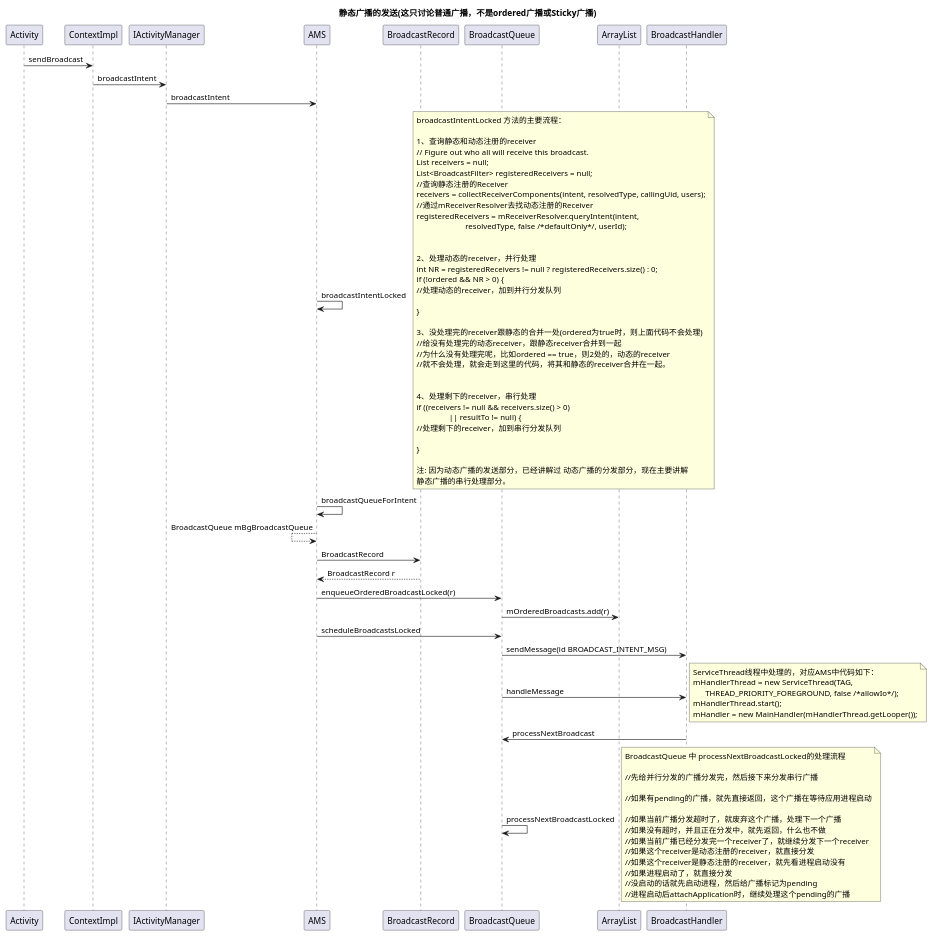
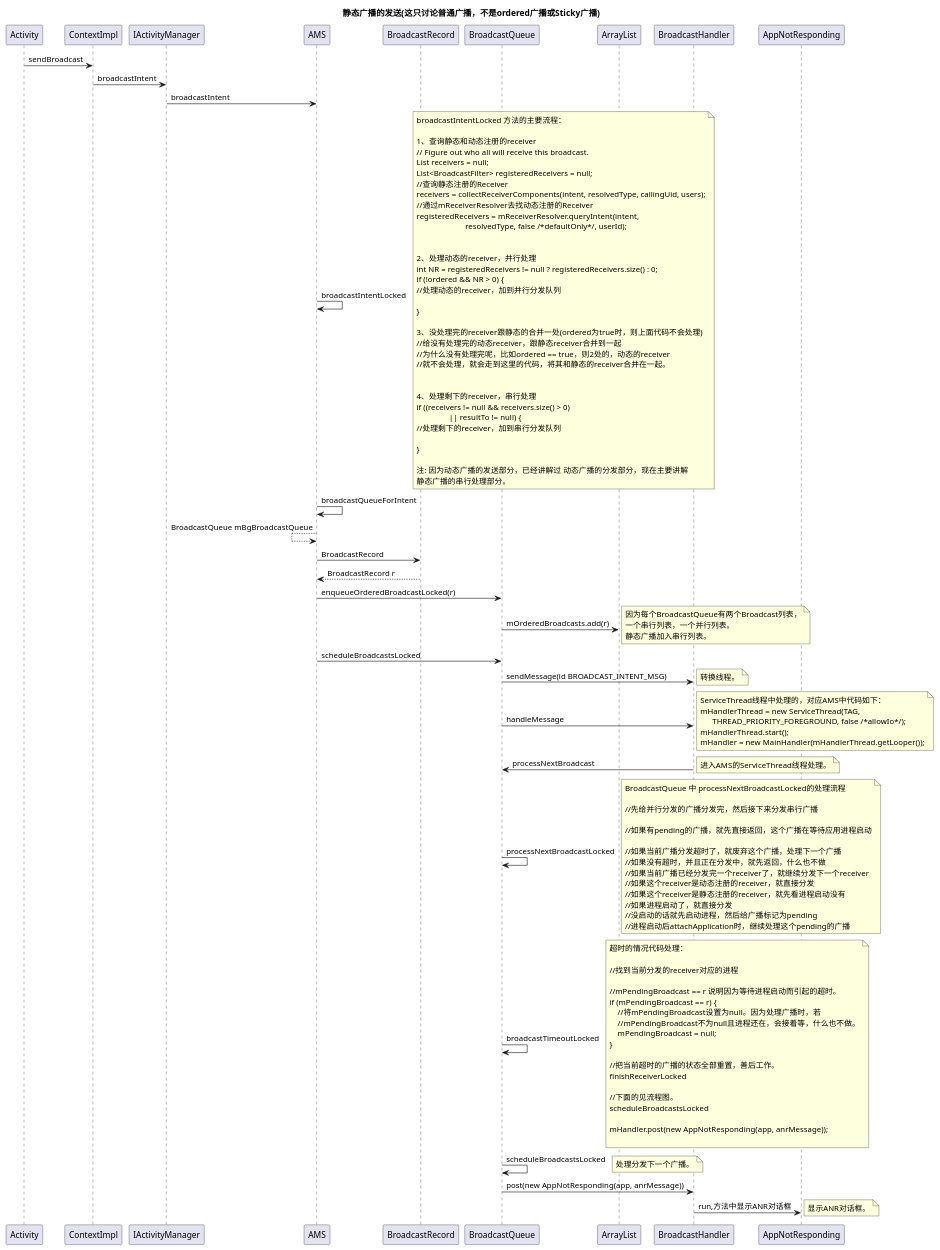
Before and after one commit to KentTJ/ImoocRxJavaStudy: the diagram in Android_framework_sequences/广播_静态广播_02_发送.puml, drawn with PlantUML.

Commit message:
静态广播。

```diff
--- a/Android_framework_sequences/广播_静态广播_02_发送.puml
+++ b/Android_framework_sequences/广播_静态广播_02_发送.puml
@@ -1,104 +1,147 @@
 @startuml
 title 静态广播的发送(这只讨论普通广播，不是ordered广播或Sticky广播)
 
 Activity -> ContextImpl : sendBroadcast
 
 ContextImpl -> IActivityManager : broadcastIntent
 
 IActivityManager -> AMS : broadcastIntent
 
 AMS -> AMS : broadcastIntentLocked
 note right
 broadcastIntentLocked 方法的主要流程：
 
 1、查询静态和动态注册的receiver
 // Figure out who all will receive this broadcast.
 List receivers = null;
 List<BroadcastFilter> registeredReceivers = null;
 //查询静态注册的Receiver
 receivers = collectReceiverComponents(intent, resolvedType, callingUid, users);
 //通过mReceiverResolver去找动态注册的Receiver
 registeredReceivers = mReceiverResolver.queryIntent(intent,
                         resolvedType, false /*defaultOnly*/, userId);
 
 
 2、处理动态的receiver，并行处理
 int NR = registeredReceivers != null ? registeredReceivers.size() : 0;
 if (!ordered && NR > 0) {
 //处理动态的receiver，加到并行分发队列
 
 }
 
 3、没处理完的receiver跟静态的合并一处(ordered为true时，则上面代码不会处理)
 //给没有处理完的动态receiver，跟静态receiver合并到一起
 //为什么没有处理完呢，比如ordered == true，则2处的，动态的receiver
 //就不会处理，就会走到这里的代码，将其和静态的receiver合并在一起。
 
 
 4、处理剩下的receiver，串行处理
 if ((receivers != null && receivers.size() > 0)
                 || resultTo != null) {
 //处理剩下的receiver，加到串行分发队列
 
 }
 
 注: 因为动态广播的发送部分，已经讲解过 动态广播的分发部分，现在主要讲解
 静态广播的串行处理部分。
 end note
 'if ((receivers != null && receivers.size() > 0)
  '                || resultTo != null) {
  '            BroadcastQueue queue = broadcastQueueForIntent(intent);
  '            BroadcastRecord r = new BroadcastRecord(queue, intent, callerApp,
  '                    callerPackage, callingPid, callingUid, callerInstantApp, resolvedType,
  '                    requiredPermissions, appOp, brOptions, receivers, resultTo, resultCode,
  '                    resultData, resultExtras, ordered, sticky, false, userId);
  '                queue.enqueueOrderedBroadcastLocked(r);
  '                queue.scheduleBroadcastsLocked();
  '}
 
 AMS -> AMS : broadcastQueueForIntent
 AMS <-- AMS : BroadcastQueue mBgBroadcastQueue
 
 AMS -> BroadcastRecord : BroadcastRecord
 AMS <-- BroadcastRecord : BroadcastRecord r
 
 AMS -> BroadcastQueue : enqueueOrderedBroadcastLocked(r)
 
 BroadcastQueue -> ArrayList : mOrderedBroadcasts.add(r)
+note right
+因为每个BroadcastQueue有两个Broadcast列表，
+一个串行列表，一个并行列表。
+静态广播加入串行列表。
+end note
 
 AMS -> BroadcastQueue : scheduleBroadcastsLocked
 
 BroadcastQueue -> BroadcastHandler : sendMessage(id BROADCAST_INTENT_MSG)
+note right
+转换线程。
+end note
 
 BroadcastQueue -> BroadcastHandler : handleMessage
 note right
 ServiceThread线程中处理的，对应AMS中代码如下：
 mHandlerThread = new ServiceThread(TAG,
       THREAD_PRIORITY_FOREGROUND, false /*allowIo*/);
 mHandlerThread.start();
 mHandler = new MainHandler(mHandlerThread.getLooper());
 end note
 
 BroadcastHandler -> BroadcastQueue : processNextBroadcast
+note right
+进入AMS的ServiceThread线程处理。
+end note
 
 BroadcastQueue -> BroadcastQueue : processNextBroadcastLocked
 note right
 BroadcastQueue 中 processNextBroadcastLocked的处理流程
 
 //先给并行分发的广播分发完，然后接下来分发串行广播
 
 //如果有pending的广播，就先直接返回，这个广播在等待应用进程启动
 
 //如果当前广播分发超时了，就废弃这个广播，处理下一个广播
 //如果没有超时，并且正在分发中，就先返回，什么也不做
 //如果当前广播已经分发完一个receiver了，就继续分发下一个receiver
 //如果这个receiver是动态注册的receiver，就直接分发
 //如果这个receiver是静态注册的receiver，就先看进程启动没有
 //如果进程启动了，就直接分发
 //没启动的话就先启动进程，然后给广播标记为pending
 //进程启动后attachApplication时，继续处理这个pending的广播
 end note
 
+BroadcastQueue -> BroadcastQueue : broadcastTimeoutLocked
+note right
+超时的情况代码处理：
 
+//找到当前分发的receiver对应的进程
+
+//mPendingBroadcast == r 说明因为等待进程启动而引起的超时。
+if (mPendingBroadcast == r) {
+    //将mPendingBroadcast设置为null。因为处理广播时，若
+    //mPendingBroadcast不为null且进程还在，会接着等，什么也不做。
+    mPendingBroadcast = null;
+}
+
+//把当前超时的广播的状态全部重置，善后工作。
+finishReceiverLocked
+
+//下面的见流程图。
+scheduleBroadcastsLocked
+
+mHandler.post(new AppNotResponding(app, anrMessage));
+
+end note
+BroadcastQueue -> BroadcastQueue : scheduleBroadcastsLocked
+note right
+处理分发下一个广播。
+end note
+
+BroadcastQueue -> BroadcastHandler : post(new AppNotResponding(app, anrMessage))
+
+BroadcastHandler -> AppNotResponding : run,方法中显示ANR对话框
+note right
+显示ANR对话框。
+end note
 
 @enduml
```
